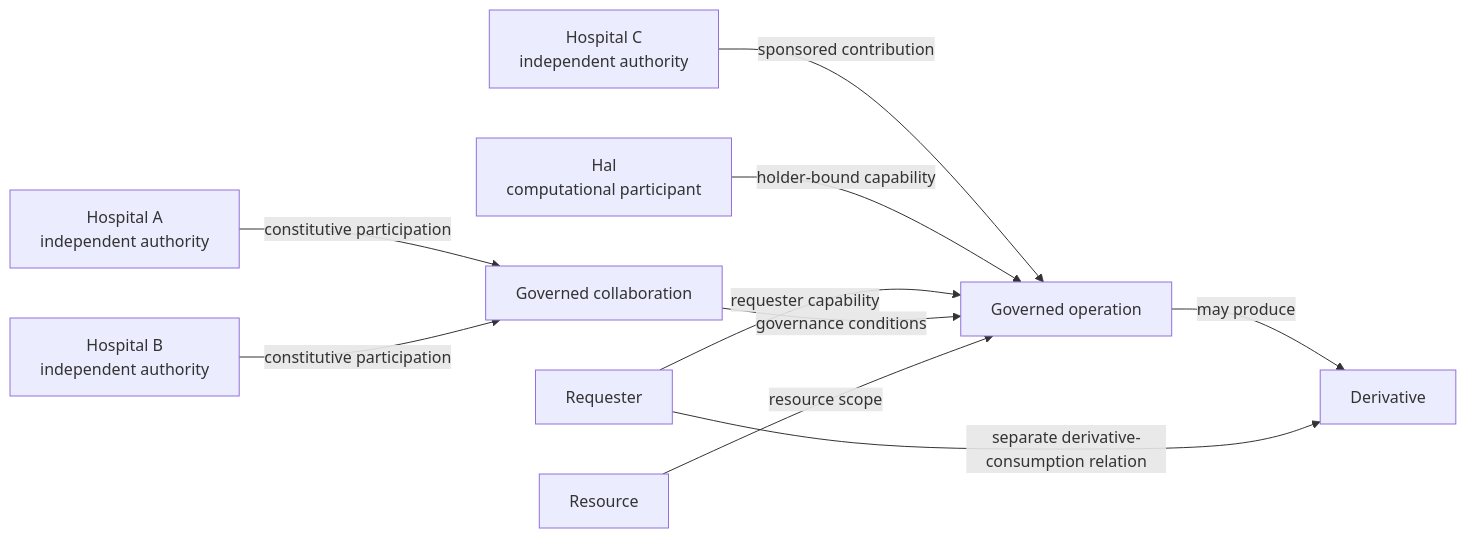
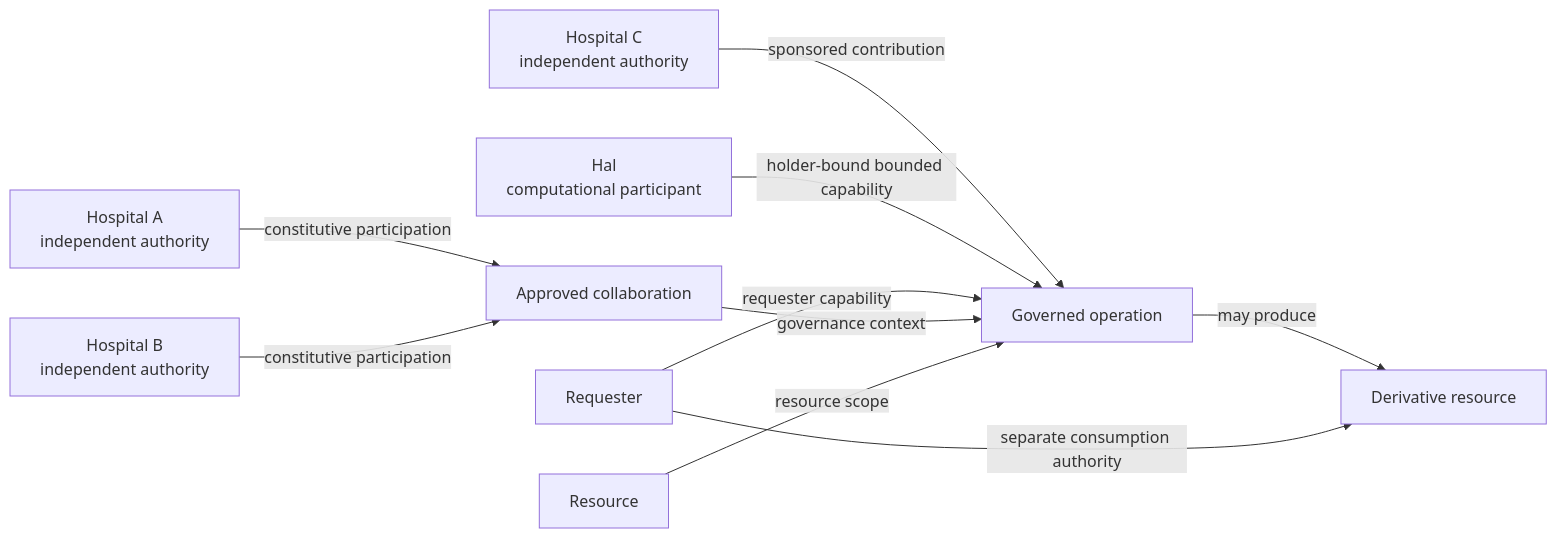
One commit to onzelf/openhealth-cdi changed the first of 16 diagrams in doc/ARCHITECTURE.md. Above: the diagram before and after it, drawn with Mermaid. The commit also changed other lines of this file and 1 other file, not shown here.

````diff
--- a/doc/ARCHITECTURE.md
+++ b/doc/ARCHITECTURE.md
@@ -119,25 +32,22 @@
 ```mermaid
 flowchart LR
     A["Hospital A<br/>independent authority"]
     B["Hospital B<br/>independent authority"]
     C["Hospital C<br/>independent authority"]
     H["Hal<br/>computational participant"]
     R["Requester"]
-    G["Governed collaboration"]
+    G["Approved collaboration"]
     O["Governed operation"]
     X["Resource"]
-    D["Derivative"]
+    D["Derivative resource"]
 
     A -->|"constitutive participation"| G
     B -->|"constitutive participation"| G
-
     C -->|"sponsored contribution"| O
-    H -->|"holder-bound capability"| O
+    H -->|"holder-bound bounded capability"| O
     R -->|"requester capability"| O
-
-    G -->|"governance conditions"| O
+    G -->|"governance context"| O
     X -->|"resource scope"| O
     O -->|"may produce"| D
-
-    R -->|"separate derivative-consumption relation"| D
+    R -->|"separate consumption authority"| D
 ```
````
